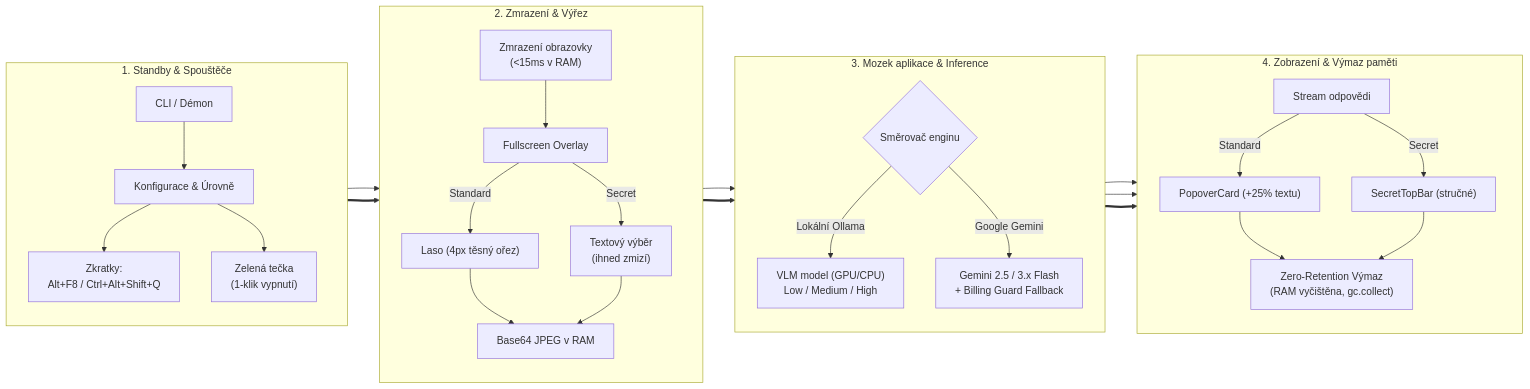
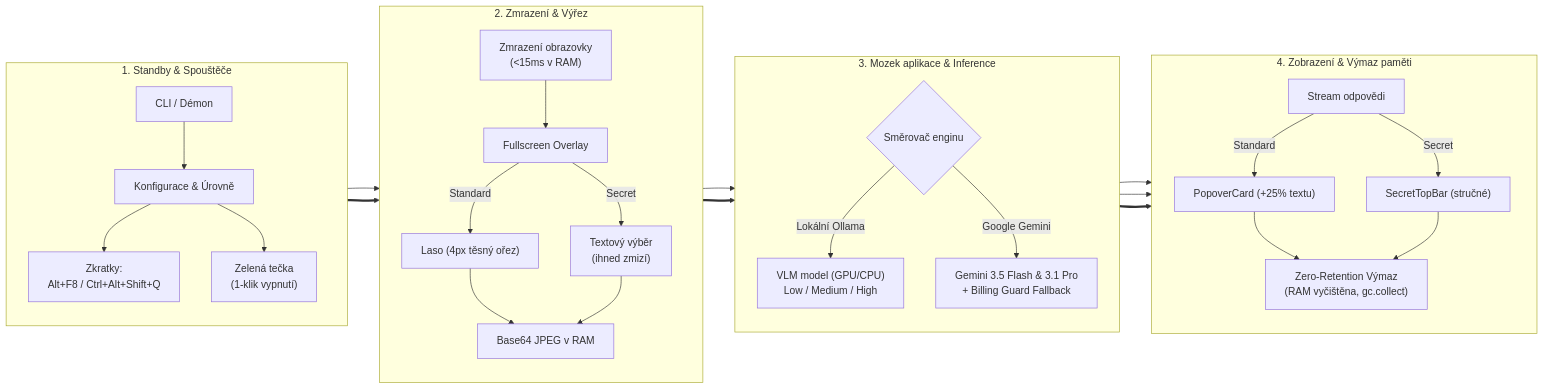
One commit to Jalop-end/ai-lens changed the diagram in SPECIFICATIONS.md. Above: the diagram before and after it, drawn with Mermaid. The commit also changed other lines of this file and 1 other file, not shown here.

Commit message:
docs: update README and SPECIFICATIONS to Gemini 3.5 models

````diff
--- a/SPECIFICATIONS.md
+++ b/SPECIFICATIONS.md
@@ -63,38 +63,38 @@
 ```mermaid
 flowchart LR
     subgraph S1 ["1. Standby & Spouštěče"]
         direction TB
         CLI["CLI / Démon"] --> CFG["Konfigurace & Úrovně"]
         CFG --> HK["Zkratky:<br/>Alt+F8 / Ctrl+Alt+Shift+Q"]
         CFG --> DOT["Zelená tečka<br/>(1-klik vypnutí)"]
     end
 
     subgraph S2 ["2. Zmrazení & Výřez"]
         direction TB
         HK --> CAP["Zmrazení obrazovky<br/>(&lt;15ms v RAM)"]
         CAP --> OVR["Fullscreen Overlay"]
         OVR -->|"Standard"| LASSO["Laso (4px těsný ořez)"]
         OVR -->|"Secret"| RECT["Textový výběr<br/>(ihned zmizí)"]
         LASSO --> CROP["Base64 JPEG v RAM"]
         RECT --> CROP
     end
 
     subgraph S3 ["3. Mozek aplikace & Inference"]
         direction TB
         CROP --> ROUTE{"Směrovač enginu"}
         ROUTE -->|"Lokální Ollama"| LOCAL["VLM model (GPU/CPU)<br/>Low / Medium / High"]
-        ROUTE -->|"Google Gemini"| CLOUD["Gemini 2.5 / 3.x Flash<br/>+ Billing Guard Fallback"]
+        ROUTE -->|"Google Gemini"| CLOUD["Gemini 3.5 Flash & 3.1 Pro<br/>+ Billing Guard Fallback"]
     end
 
     subgraph S4 ["4. Zobrazení & Výmaz paměti"]
         direction TB
         LOCAL --> DISP["Stream odpovědi"]
         CLOUD --> DISP
         DISP -->|"Standard"| POP["PopoverCard (+25% textu)"]
         DISP -->|"Secret"| BAR["SecretTopBar (stručné)"]
         POP --> WIPE["Zero-Retention Výmaz<br/>(RAM vyčištěna, gc.collect)"]
         BAR --> WIPE
     end
 
     S1 ==> S2 ==> S3 ==> S4
 ```
````
